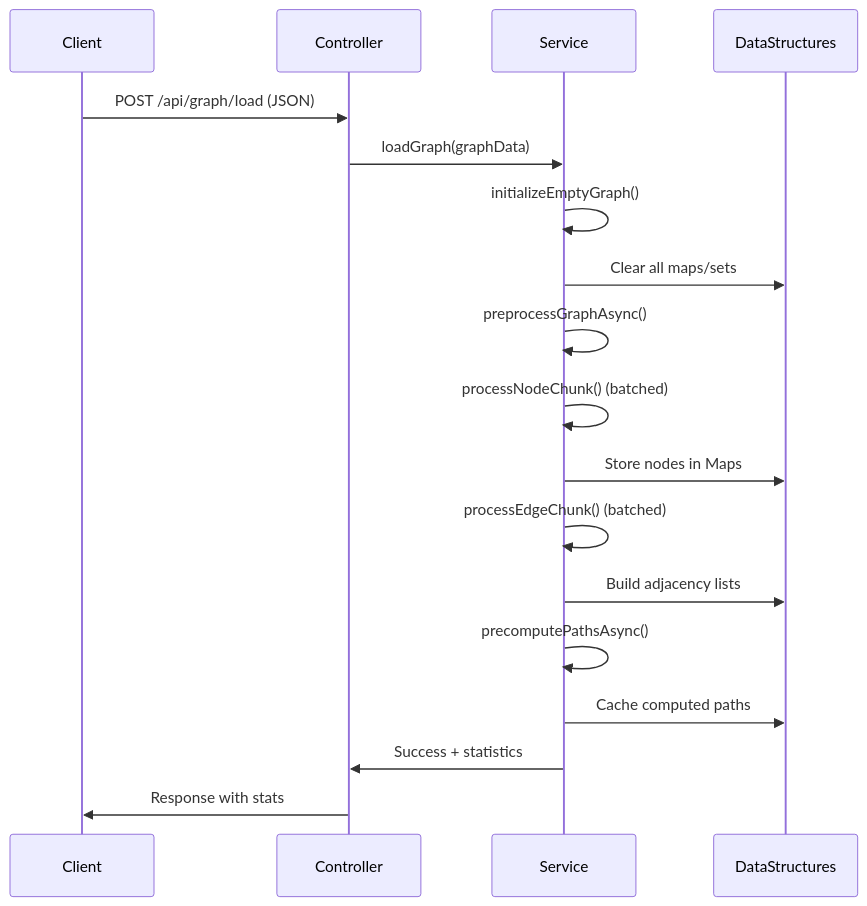
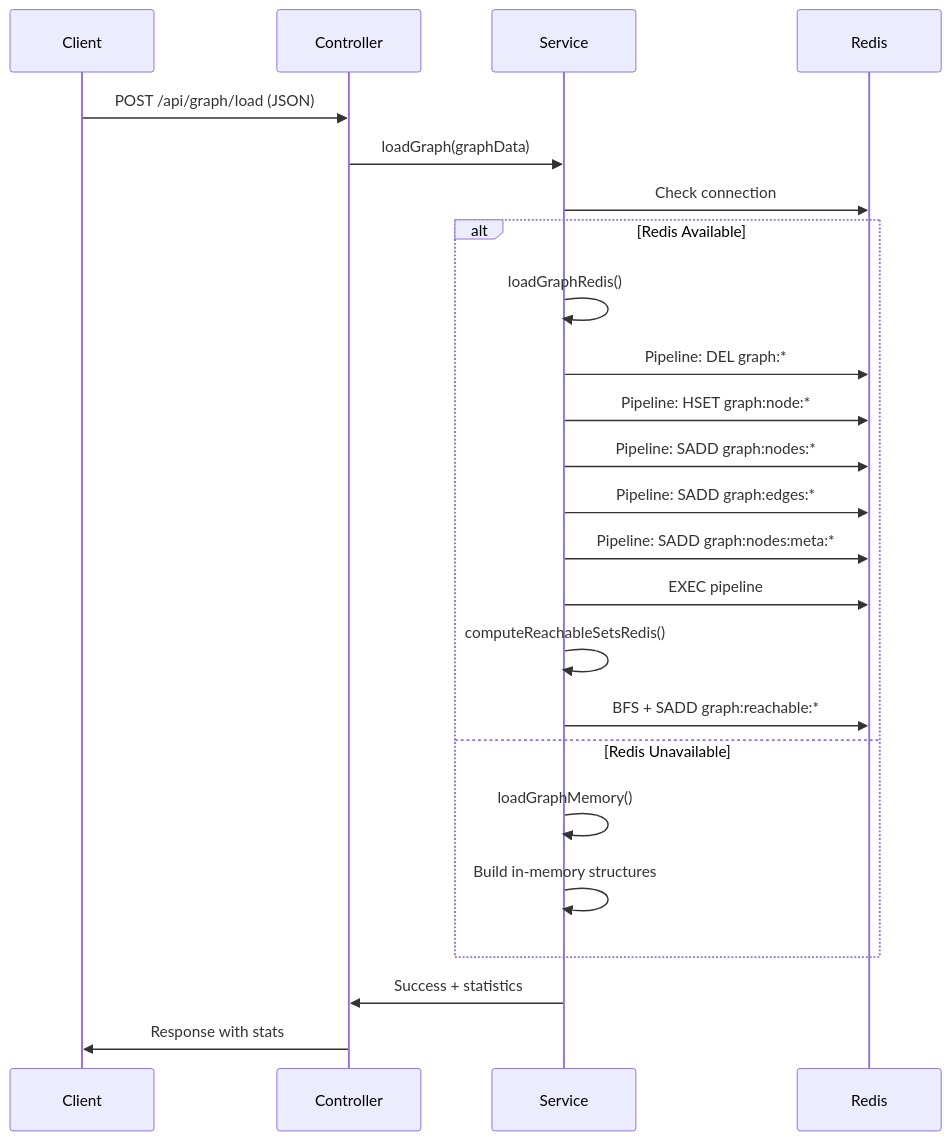
One commit to Evilu/GraphOrama changed the first of 3 diagrams in ARCHITECTURE_FLOW.md. Above: the diagram before and after it, drawn with Mermaid. The commit also changed other lines of this file and 1 other file, not shown here.

Commit message:
architecture flow doc update

````diff
--- a/ARCHITECTURE_FLOW.md
+++ b/ARCHITECTURE_FLOW.md
@@ -67,21 +76,27 @@
 ```mermaid
 sequenceDiagram
     participant Client
     participant Controller
     participant Service
-    participant DataStructures
+    participant Redis
 
     Client->>Controller: POST /api/graph/load (JSON)
     Controller->>Service: loadGraph(graphData)
-    Service->>Service: initializeEmptyGraph()
-    Service->>DataStructures: Clear all maps/sets
-    Service->>Service: preprocessGraphAsync()
-    Service->>Service: processNodeChunk() (batched)
-    Service->>DataStructures: Store nodes in Maps
-    Service->>Service: processEdgeChunk() (batched)
-    Service->>DataStructures: Build adjacency lists
-    Service->>Service: precomputePathsAsync()
-    Service->>DataStructures: Cache computed paths
+    Service->>Redis: Check connection
+    alt Redis Available
+        Service->>Service: loadGraphRedis()
+        Service->>Redis: Pipeline: DEL graph:*
+        Service->>Redis: Pipeline: HSET graph:node:*
+        Service->>Redis: Pipeline: SADD graph:nodes:*
+        Service->>Redis: Pipeline: SADD graph:edges:*
+        Service->>Redis: Pipeline: SADD graph:nodes:meta:*
+        Service->>Redis: EXEC pipeline
+        Service->>Service: computeReachableSetsRedis()
+        Service->>Redis: BFS + SADD graph:reachable:*
+    else Redis Unavailable
+        Service->>Service: loadGraphMemory()
+        Service->>Service: Build in-memory structures
+    end
     Service->>Controller: Success + statistics
     Controller->>Client: Response with stats
 ```
````
